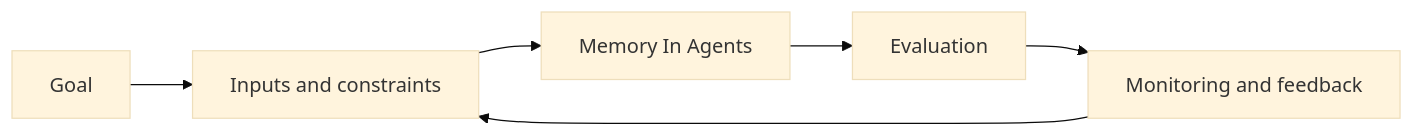
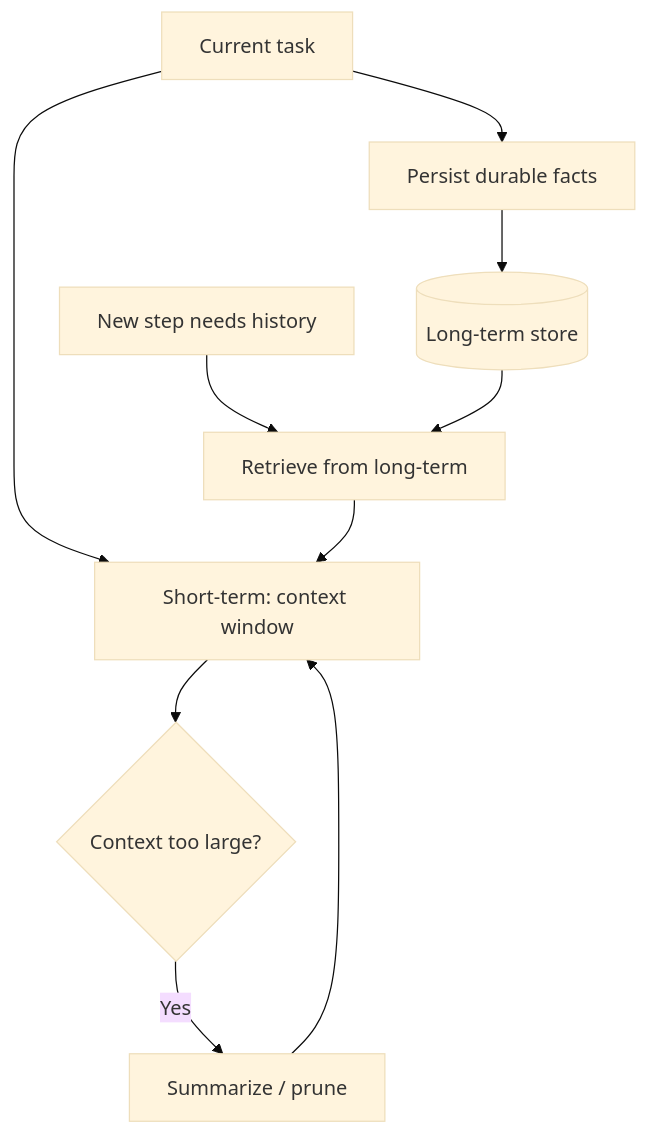
One commit to Icon1cc/Machine-Learning changed the diagram in agents/05-memory-in-agents.md. Above: the diagram before and after it, drawn with Mermaid (base theme). The commit also changed other lines of this file and 118 other files, not shown here.

````diff
--- a/agents/05-memory-in-agents.md
+++ b/agents/05-memory-in-agents.md
@@ -93,8 +70,12 @@
 ```mermaid
-flowchart LR
-    A[Goal] --> B[Inputs and constraints]
-    B --> C[Memory In Agents]
-    C --> D[Evaluation]
-    D --> E[Monitoring and feedback]
-    E --> B
+flowchart TD
+    A[Current task] --> B[Short-term: context window]
+    B --> C{Context too large?}
+    C -- Yes --> D[Summarize / prune]
+    D --> B
+    A --> E[Persist durable facts]
+    E --> F[(Long-term store)]
+    G[New step needs history] --> H[Retrieve from long-term]
+    F --> H
+    H --> B
 ```
````
